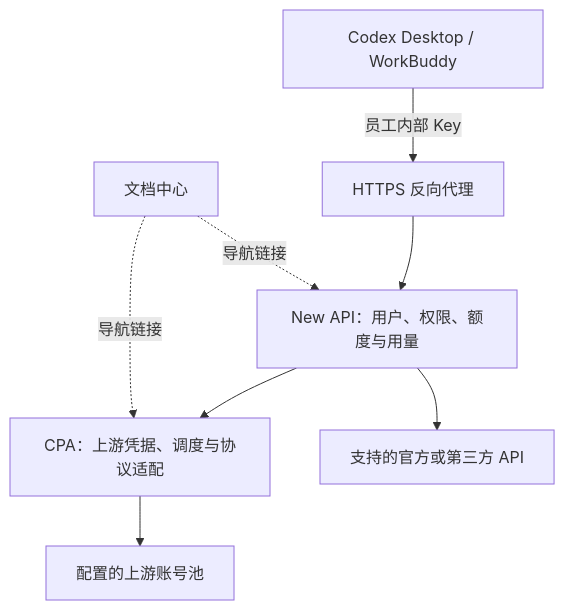
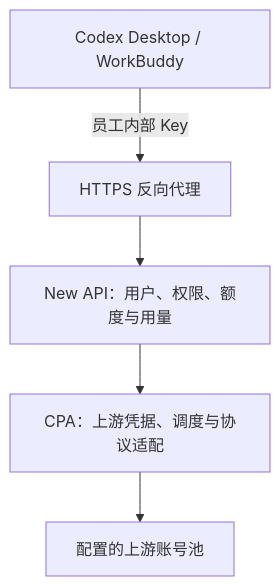
Before and after one commit to wqdcjnb/ai-ops-platform: the diagram in docs-site/content/technical/architecture.md, drawn with Mermaid. The commit also changed other lines of this file, not shown here.

Commit message:
docs: simplify architecture flow

````diff
--- a/docs-site/content/technical/architecture.md
+++ b/docs-site/content/technical/architecture.md
@@ -7,10 +7,7 @@
 ```mermaid
 flowchart TB
   C[Codex Desktop / WorkBuddy] -->|员工内部 Key| E[HTTPS 反向代理]
   E --> N[New API：用户、权限、额度与用量]
   N --> P[CPA：上游凭据、调度与协议适配]
-  N --> A[支持的官方或第三方 API]
   P --> U[配置的上游账号池]
-  D[文档中心] -.导航链接.-> N
-  D -.导航链接.-> P
 ```
````
